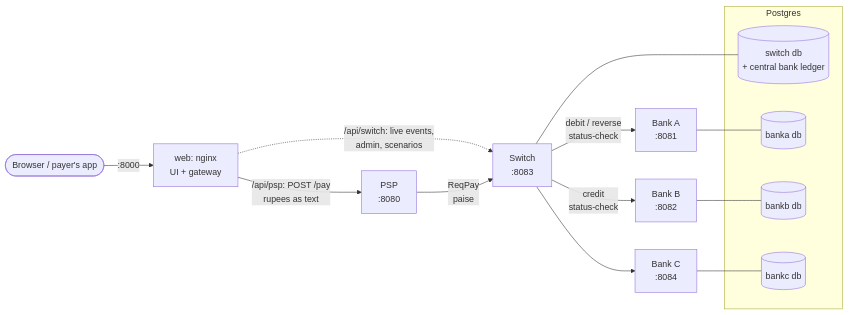
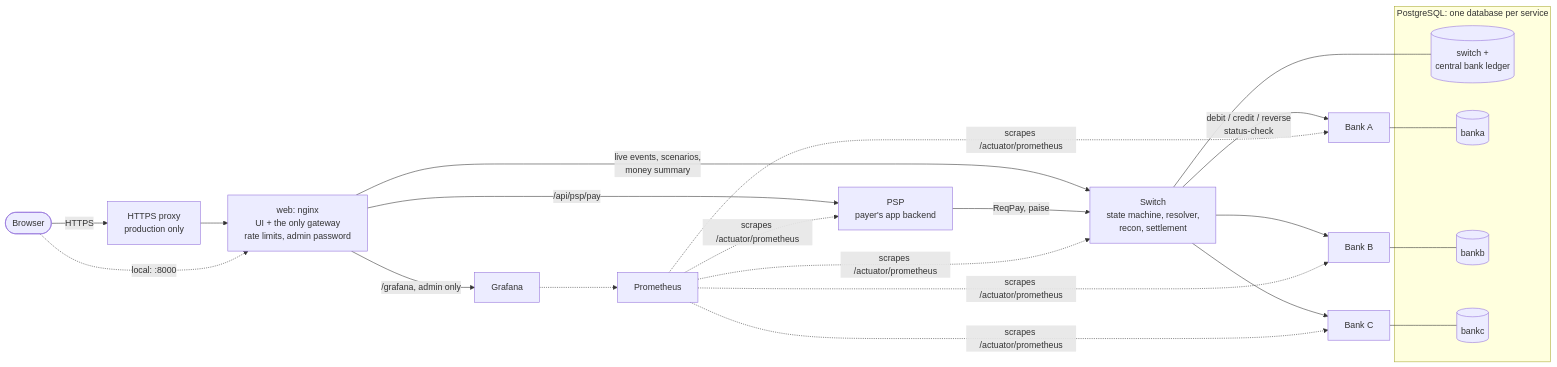
Before and after one commit to sanjeevveerapandian/payswitch: the first of 3 diagrams in README.md, drawn with Mermaid. The commit also changed other lines of this file and 39 other files, not shown here.

````diff
--- a/README.md
+++ b/README.md
@@ -13,20 +37,25 @@
 ```mermaid
 flowchart LR
-    U([Browser / payer's app]) -->|:8000| WEB[web: nginx<br/>UI + gateway]
-    WEB -->|/api/psp: POST /pay<br/>rupees as text| PSP[PSP<br/>:8080]
-    WEB -.->|/api/switch: live events,<br/>admin, scenarios| SW
-    PSP -->|ReqPay<br/>paise| SW[Switch<br/>:8083]
-    SW -->|debit / reverse<br/>status-check| A[Bank A<br/>:8081]
-    SW -->|credit<br/>status-check| B[Bank B<br/>:8082]
-    SW --> C[Bank C<br/>:8084]
-    SW --- DBS[(switch db<br/>+ central bank ledger)]
-    A --- DBA[(banka db)]
-    B --- DBB[(bankb db)]
-    C --- DBC[(bankc db)]
-    subgraph Postgres
-        DBS
-        DBA
-        DBB
-        DBC
+    U([Browser]) -->|HTTPS| PROXY[HTTPS proxy<br/>production only]
+    PROXY --> WEB
+    U -.->|local: :8000| WEB[web: nginx<br/>UI + the only gateway<br/>rate limits, admin password]
+    WEB -->|/api/psp/pay| PSP[PSP<br/>payer's app backend]
+    WEB -->|live events, scenarios,<br/>money summary| SW
+    PSP -->|ReqPay, paise| SW[Switch<br/>state machine, resolver,<br/>recon, settlement]
+    SW -->|debit / credit / reverse<br/>status-check| A[Bank A]
+    SW --> B[Bank B]
+    SW --> C[Bank C]
+    subgraph PG[PostgreSQL: one database per service]
+        DBS[(switch +<br/>central bank ledger)]
+        DBA[(banka)]
+        DBB[(bankb)]
+        DBC[(bankc)]
     end
+    SW --- DBS
+    A --- DBA
+    B --- DBB
+    C --- DBC
+    PROM[Prometheus] -.->|scrapes /actuator/prometheus| PSP & SW & A & B & C
+    GRAF[Grafana] -.-> PROM
+    WEB -->|/grafana, admin only| GRAF
 ```
````
